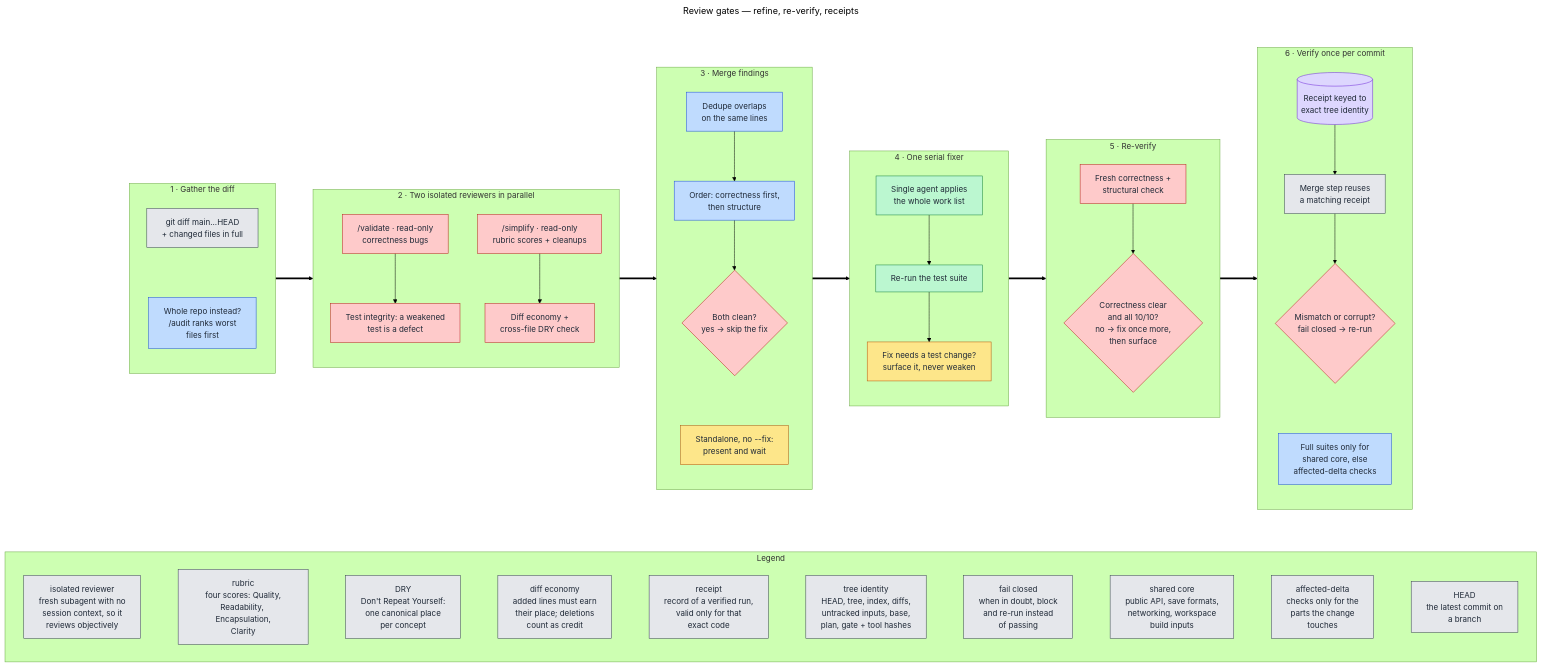
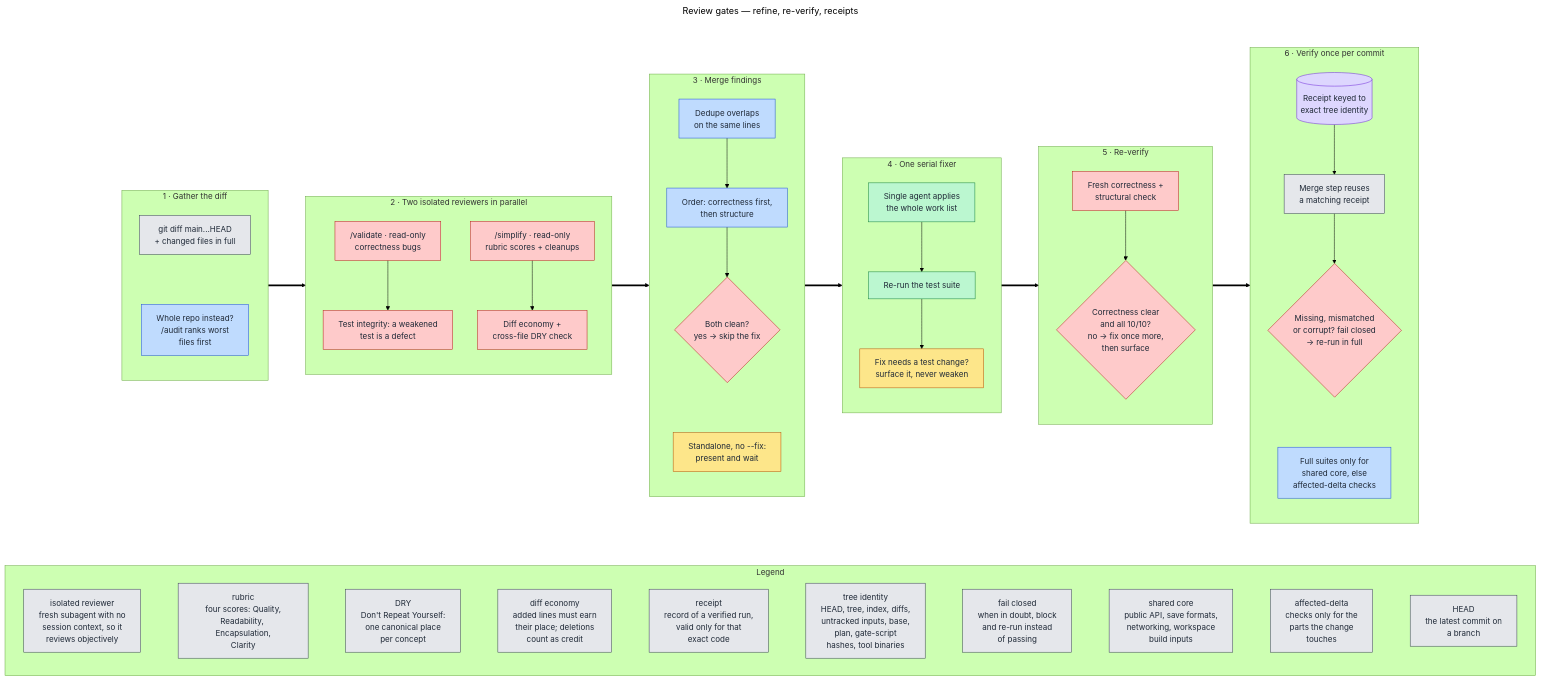
Before and after one commit to victusfate/scaffold: the diagram in docs/diagrams/src/review-gates.mmd, drawn with Mermaid (forest theme). The commit also changed 21 other files, not shown here.

First line of the commit message:
docs(diagrams): accuracy fixes from a per-diagram source review

```diff
--- a/docs/diagrams/src/review-gates.mmd
+++ b/docs/diagrams/src/review-gates.mmd
@@ -1,89 +1,89 @@
 ---
 title: Review gates — refine, re-verify, receipts
 ---
 flowchart TB
   classDef owner fill:#fde68a,stroke:#b45309,color:#1f2937
   classDef orch fill:#bfdbfe,stroke:#1d4ed8,color:#1f2937
   classDef state fill:#ddd6fe,stroke:#6d28d9,color:#1f2937
   classDef lane fill:#bbf7d0,stroke:#15803d,color:#1f2937
   classDef git fill:#e5e7eb,stroke:#374151,color:#1f2937
   classDef gate fill:#fecaca,stroke:#b91c1c,color:#1f2937
 
   %% Edges run between stage subgraphs (not inner nodes) so each stage keeps
   %% its own top-to-bottom direction and the whole image stays landscape.
 
   subgraph FLOW[" "]
   direction LR
 
   subgraph GATHER["1 · Gather the diff"]
     direction TB
     G1["git diff main...HEAD<br/>+ changed files in full"]:::git
     G2["Whole repo instead?<br/>/audit ranks worst<br/>files first"]:::orch
     G1 ~~~ G2
   end
 
   subgraph REVIEW["2 · Two isolated reviewers in parallel"]
     direction TB
     V1["/validate · read-only<br/>correctness bugs"]:::gate
     V2["Test integrity: a weakened<br/>test is a defect"]:::gate
     V3["/simplify · read-only<br/>rubric scores + cleanups"]:::gate
     V4["Diff economy +<br/>cross-file DRY check"]:::gate
     V1 --> V2
     V3 --> V4
   end
 
   subgraph MERGE["3 · Merge findings"]
     direction TB
     M1["Dedupe overlaps<br/>on the same lines"]:::orch
     M2["Order: correctness first,<br/>then structure"]:::orch
     M3{"Both clean?<br/>yes → skip the fix"}:::gate
     M4["Standalone, no --fix:<br/>present and wait"]:::owner
     M1 --> M2 --> M3
     M3 ~~~ M4
   end
 
   subgraph FIX["4 · One serial fixer"]
     direction TB
     F1["Single agent applies<br/>the whole work list"]:::lane
     F2["Re-run the test suite"]:::lane
     F3["Fix needs a test change?<br/>surface it, never weaken"]:::owner
     F1 --> F2 --> F3
   end
 
   subgraph VERIFY["5 · Re-verify"]
     direction TB
     R1["Fresh correctness +<br/>structural check"]:::gate
     R2{"Correctness clear<br/>and all 10/10?<br/>no → fix once more,<br/>then surface"}:::gate
     R1 --> R2
   end
 
   subgraph RECEIPT["6 · Verify once per commit"]
     direction TB
     E1[("Receipt keyed to<br/>exact tree identity")]:::state
     E2["Merge step reuses<br/>a matching receipt"]:::git
-    E3{"Mismatch or corrupt?<br/>fail closed → re-run"}:::gate
+    E3{"Missing, mismatched<br/>or corrupt? fail closed<br/>→ re-run in full"}:::gate
     E4["Full suites only for<br/>shared core, else<br/>affected-delta checks"]:::orch
     E1 --> E2 --> E3
     E3 ~~~ E4
   end
 
   GATHER ==> REVIEW ==> MERGE ==> FIX ==> VERIFY ==> RECEIPT
   end
   style FLOW fill:none,stroke:none
 
   subgraph LEGEND["Legend"]
     direction LR
     L1["isolated reviewer<br/>fresh subagent with no<br/>session context, so it<br/>reviews objectively"]:::git
     L2["rubric<br/>four scores: Quality,<br/>Readability, Encapsulation,<br/>Clarity"]:::git
     L3["DRY<br/>Don't Repeat Yourself:<br/>one canonical place<br/>per concept"]:::git
     L4["diff economy<br/>added lines must earn<br/>their place; deletions<br/>count as credit"]:::git
     L5["receipt<br/>record of a verified run,<br/>valid only for that<br/>exact code"]:::git
-    L6["tree identity<br/>HEAD, tree, index, diffs,<br/>untracked inputs, base,<br/>plan, gate + tool hashes"]:::git
+    L6["tree identity<br/>HEAD, tree, index, diffs,<br/>untracked inputs, base,<br/>plan, gate-script<br/>hashes, tool binaries"]:::git
     L7["fail closed<br/>when in doubt, block<br/>and re-run instead<br/>of passing"]:::git
     L8["shared core<br/>public API, save formats,<br/>networking, workspace<br/>build inputs"]:::git
     L9["affected-delta<br/>checks only for the<br/>parts the change<br/>touches"]:::git
     L10["HEAD<br/>the latest commit on<br/>a branch"]:::git
     L1 ~~~ L2 ~~~ L3 ~~~ L4 ~~~ L5 ~~~ L6 ~~~ L7 ~~~ L8 ~~~ L9 ~~~ L10
   end
 
   FLOW ~~~ LEGEND
```
